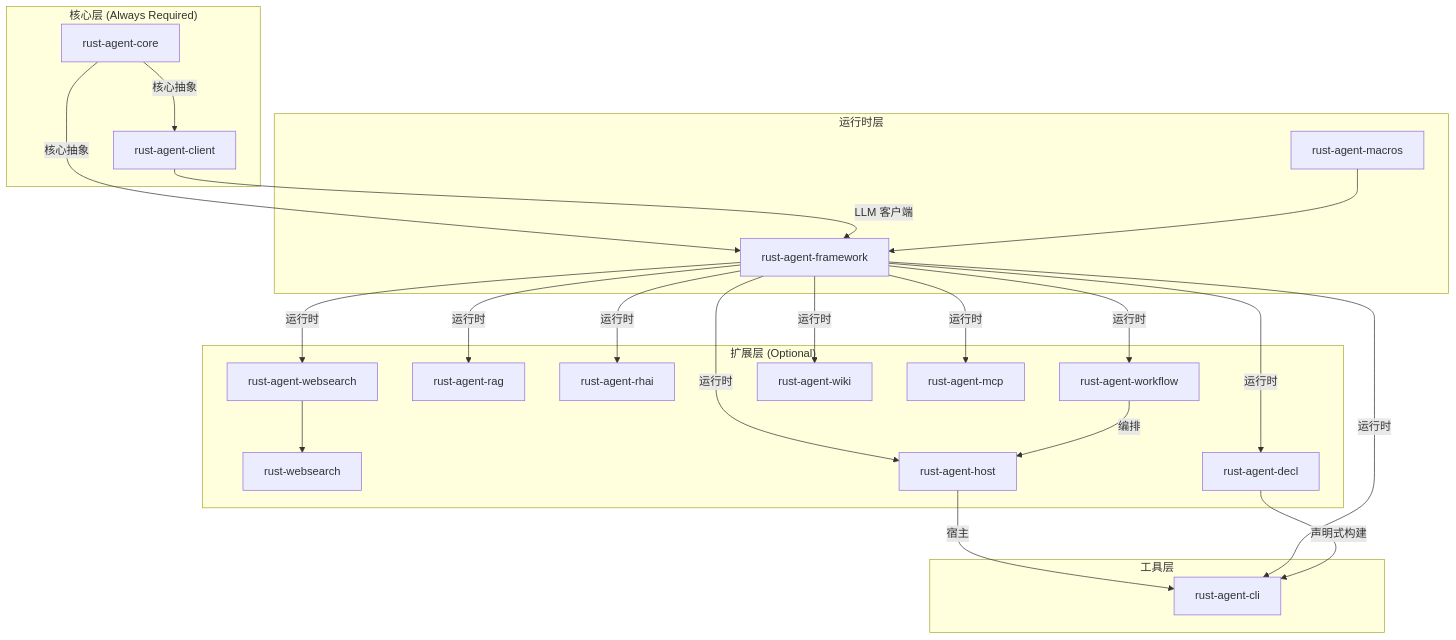
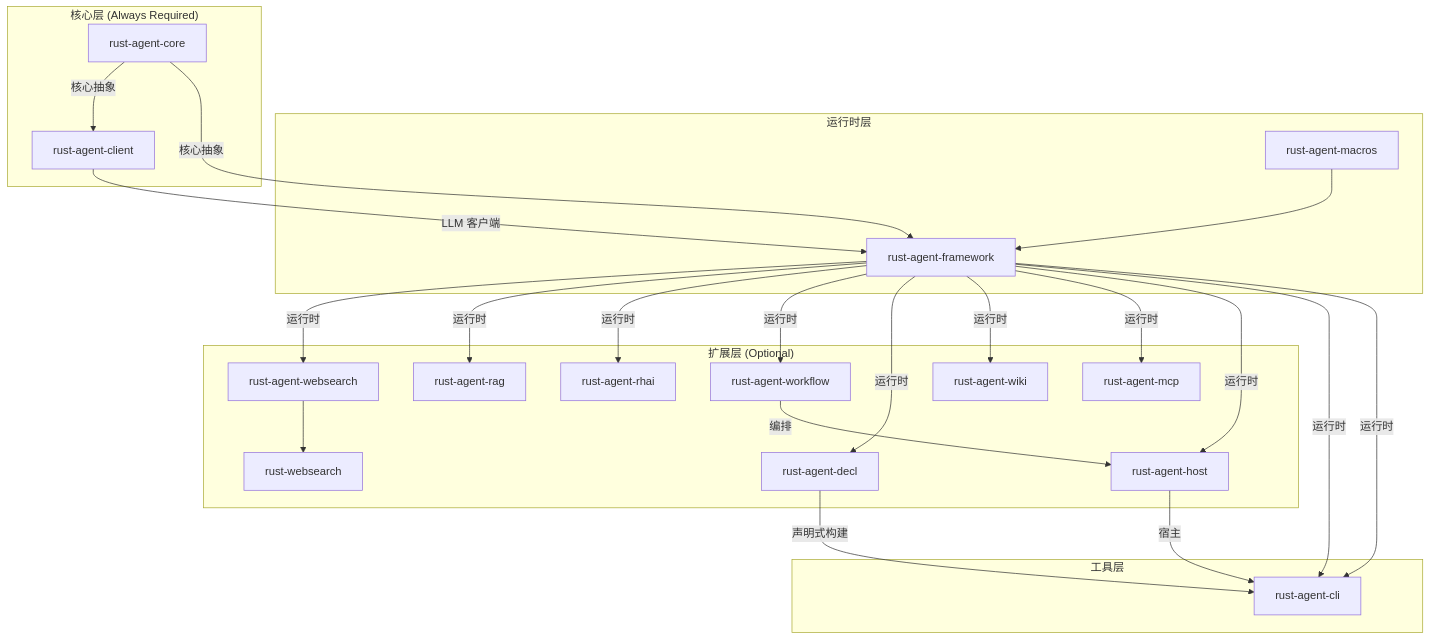
One commit to Rust-Framework/rust-agent-framework changed the diagram in docs/02-core-architecture/crate-map.md. Above: the diagram before and after it, drawn with Mermaid. The commit also changed other lines of this file and 70 other files, not shown here.

````diff
--- a/docs/02-core-architecture/crate-map.md
+++ b/docs/02-core-architecture/crate-map.md
@@ -29,50 +29,52 @@
 ```mermaid
 graph TB
     subgraph "扩展层 (Optional)"
         WebSearch[rust-agent-websearch]
         WebSearchLib[rust-websearch]
         RAG[rust-agent-rag]
         Rhai[rust-agent-rhai]
         Workflow[rust-agent-workflow]
         Decl[rust-agent-decl]
         Wiki[rust-agent-wiki]
         MCP[rust-agent-mcp]
         Host[rust-agent-host]
     end
 
     subgraph "工具层"
         CLI[rust-agent-cli]
     end
 
     subgraph "运行时层"
         Macros[rust-agent-macros]
         Framework[rust-agent-framework]
     end
 
     subgraph "核心层 (Always Required)"
         Core[rust-agent-core]
         Client[rust-agent-client]
     end
 
     Core --> |核心抽象| Client
     Core --> |核心抽象| Framework
     Client --> |LLM 客户端| Framework
     Macros --> Framework
 
     Framework --> |运行时| WebSearch
     Framework --> |运行时| RAG
     Framework --> |运行时| Rhai
     Framework --> |运行时| Workflow
     Framework --> |运行时| Decl
     Framework --> |运行时| Wiki
     Framework --> |运行时| MCP
     Framework --> |运行时| Host
 
     WebSearch --> WebSearchLib
 
     Workflow --> |编排| Host
     Host --> |宿主| CLI
 
     Framework --> |运行时| CLI
+
+    Framework --> |运行时| CLI
     Decl --> |声明式构建| CLI
 ```
````
